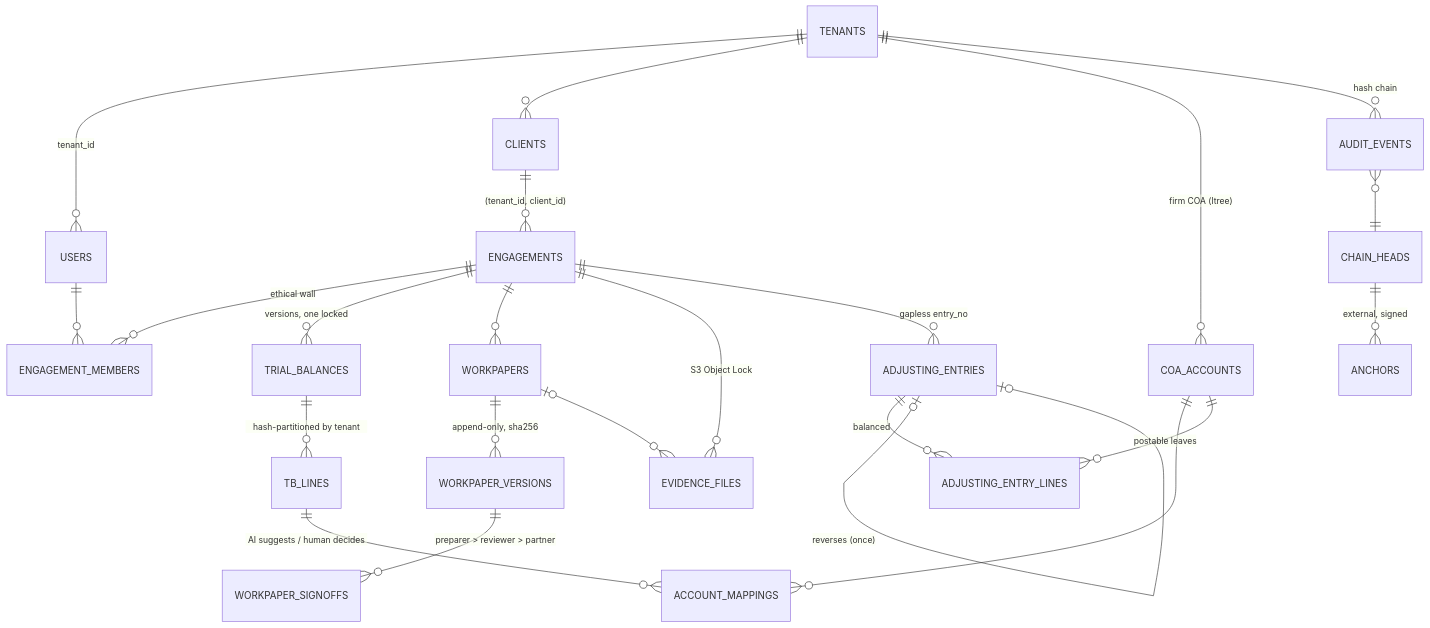
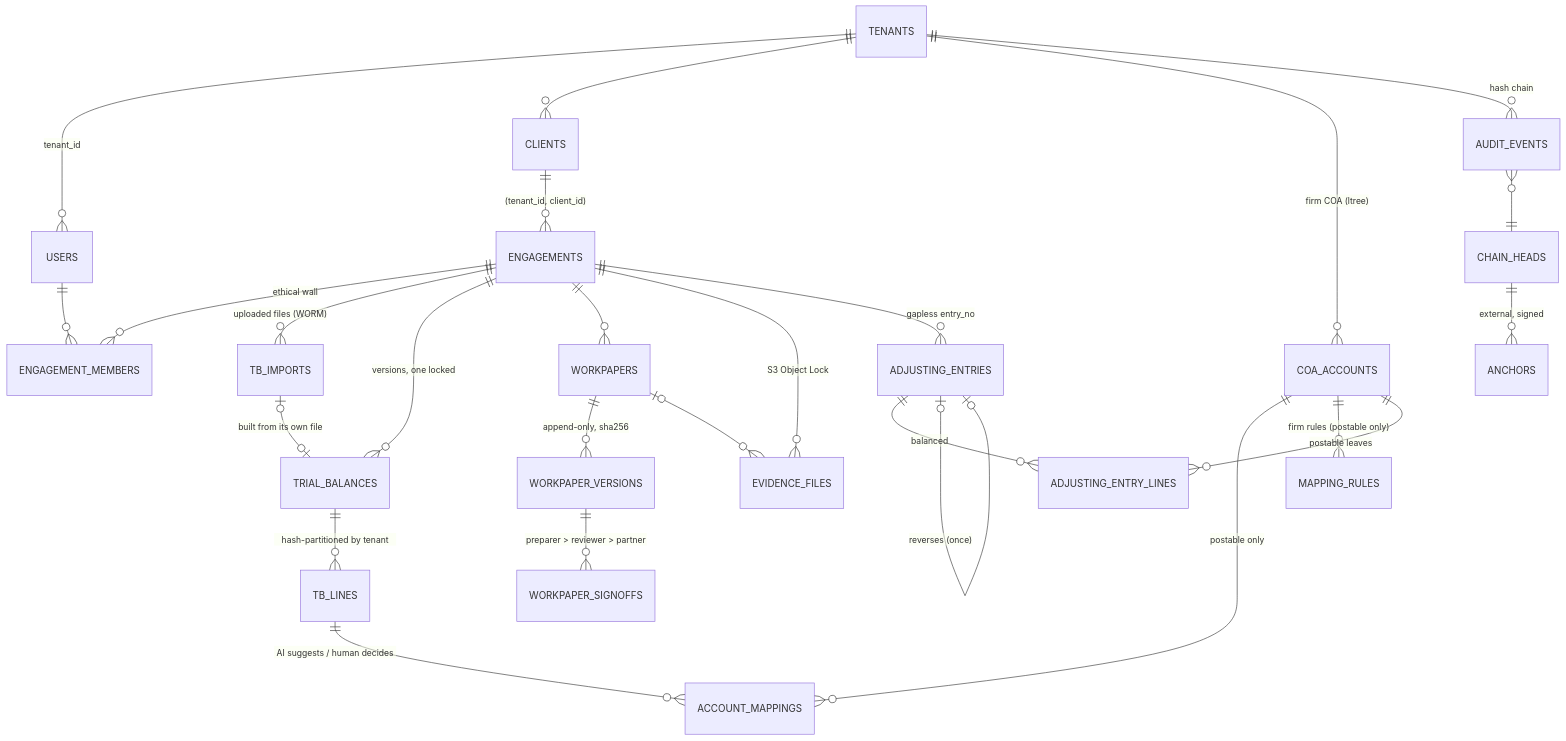
One commit to admin-blanketsolutions/portfolio changed the diagram in audit-platform/docs/04-data-model-and-indexing.md. Above: the diagram before and after it, drawn with Mermaid. The commit also changed other lines of this file and 57 other files, not shown here.

````diff
--- a/audit-platform/docs/04-data-model-and-indexing.md
+++ b/audit-platform/docs/04-data-model-and-indexing.md
@@ -7,25 +7,28 @@
 ```mermaid
 erDiagram
   TENANTS ||--o{ USERS : "tenant_id"
   TENANTS ||--o{ CLIENTS : ""
   TENANTS ||--o{ COA_ACCOUNTS : "firm COA (ltree)"
   CLIENTS ||--o{ ENGAGEMENTS : "(tenant_id, client_id)"
   ENGAGEMENTS ||--o{ ENGAGEMENT_MEMBERS : "ethical wall"
   USERS ||--o{ ENGAGEMENT_MEMBERS : ""
+  ENGAGEMENTS ||--o{ TB_IMPORTS : "uploaded files (WORM)"
+  TB_IMPORTS |o--o| TRIAL_BALANCES : "built from its own file"
   ENGAGEMENTS ||--o{ TRIAL_BALANCES : "versions, one locked"
   TRIAL_BALANCES ||--o{ TB_LINES : "hash-partitioned by tenant"
   TB_LINES ||--o{ ACCOUNT_MAPPINGS : "AI suggests / human decides"
-  COA_ACCOUNTS ||--o{ ACCOUNT_MAPPINGS : ""
+  COA_ACCOUNTS ||--o{ ACCOUNT_MAPPINGS : "postable only"
+  COA_ACCOUNTS ||--o{ MAPPING_RULES : "firm rules (postable only)"
   ENGAGEMENTS ||--o{ WORKPAPERS : ""
   WORKPAPERS ||--o{ WORKPAPER_VERSIONS : "append-only, sha256"
   WORKPAPER_VERSIONS ||--o{ WORKPAPER_SIGNOFFS : "preparer > reviewer > partner"
   ENGAGEMENTS ||--o{ EVIDENCE_FILES : "S3 Object Lock"
   WORKPAPERS |o--o{ EVIDENCE_FILES : ""
   ENGAGEMENTS ||--o{ ADJUSTING_ENTRIES : "gapless entry_no"
   ADJUSTING_ENTRIES ||--o{ ADJUSTING_ENTRY_LINES : "balanced"
   COA_ACCOUNTS ||--o{ ADJUSTING_ENTRY_LINES : "postable leaves"
   ADJUSTING_ENTRIES |o--o| ADJUSTING_ENTRIES : "reverses (once)"
   TENANTS ||--o{ AUDIT_EVENTS : "hash chain"
   AUDIT_EVENTS }o--|| CHAIN_HEADS : ""
   CHAIN_HEADS ||--o{ ANCHORS : "external, signed"
 ```
````
